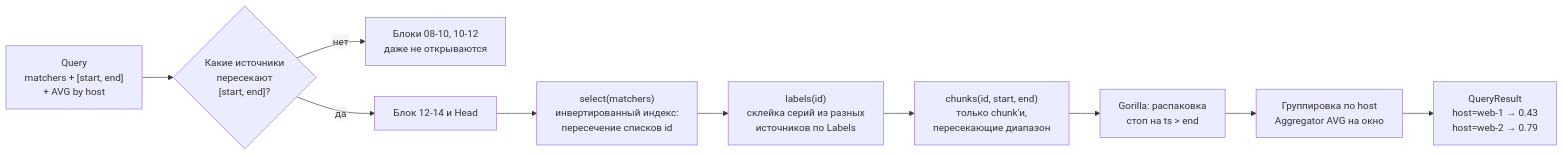
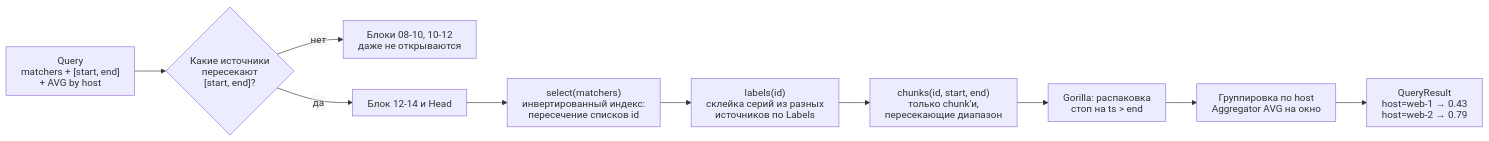
Before and after one commit to dan00ile/ITMO-TimeSeriesDB: the third of 5 diagrams in README.md, drawn with Mermaid. The commit also changed other lines of this file, not shown here.

````diff
--- a/README.md
+++ b/README.md
@@ -105,13 +111,19 @@
 ```mermaid
-%%{init: {"flowchart": {"htmlLabels": false}}}%%
+---
+config:
+  htmlLabels: false
+  flowchart:
+    htmlLabels: false
+    padding: 12
+---
 flowchart LR
     q["Query<br/>matchers + [start, end]<br/>+ AVG by host"] --> pick{"Какие источники<br/>пересекают<br/>[start, end]?"}
     pick -->|"нет"| skip["Блоки 08-10, 10-12<br/>даже не открываются"]
     pick -->|"да"| src["Блок 12-14 и Head"]
     src --> sel["select(matchers)<br/>инвертированный индекс:<br/>пересечение списков id"]
     sel --> lab["labels(id)<br/>склейка серий из разных<br/>источников по Labels"]
     lab --> ch["chunks(id, start, end)<br/>только chunk'и,<br/>пересекающие диапазон"]
     ch --> dec["Gorilla: распаковка<br/>стоп на ts > end"]
     dec --> agg["Группировка по host<br/>Aggregator AVG на окно"]
     agg --> res["QueryResult<br/>host=web-1 → 0.43<br/>host=web-2 → 0.79"]
 ```
````
